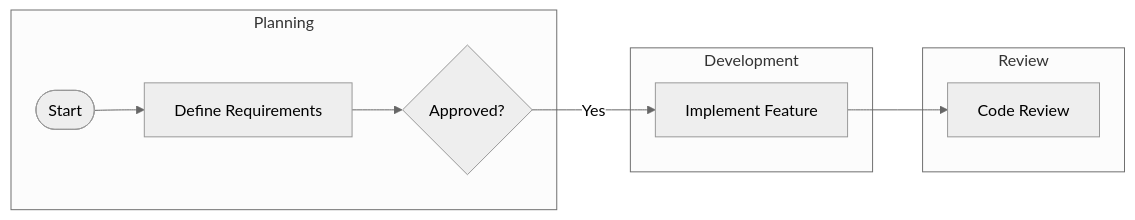
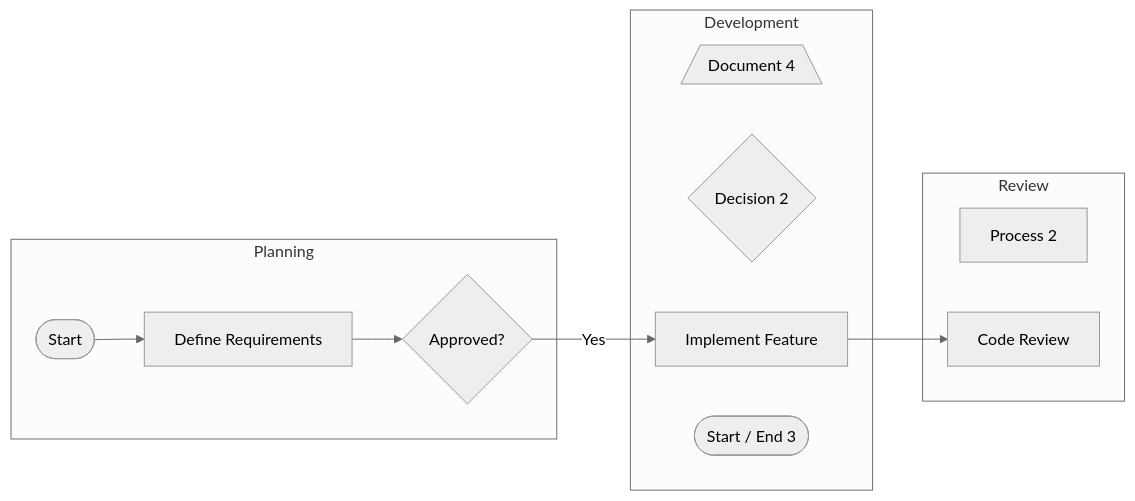
One commit to pingpm/mermaid_vault changed the diagram in notes/123_9b882ae4-c4df-432b-9e50-9fb05b2c95e5.md. Above: the diagram before and after it, drawn with Mermaid (neutral theme). The commit also changed 2 other files, not shown here.

Commit message:
Sync Mermaid Studio data (14 diagrams)

````diff
--- a/notes/123_9b882ae4-c4df-432b-9e50-9fb05b2c95e5.md
+++ b/notes/123_9b882ae4-c4df-432b-9e50-9fb05b2c95e5.md
@@ -3,19 +3,23 @@
 ```mermaid
 flowchart LR
   subgraph lane_0["Planning"]
     t_0{"Approved?"}
     t_1["Define Requirements"]
     t_2(["Start"])
   end
   subgraph lane_1["Development"]
-    t_3["Implement Feature"]
+    t_3[/"Document 4"\]
+    t_4{"Decision 2"}
+    t_5["Implement Feature"]
+    t_6(["Start / End 3"])
   end
   subgraph lane_2["Review"]
-    t_4["Code Review"]
+    t_7["Process 2"]
+    t_8["Code Review"]
   end
-  t_0 -->|"Yes"| t_3
-  t_3 --> t_4
+  t_0 -->|"Yes"| t_5
+  t_5 --> t_8
   t_2 --> t_1
   t_1 --> t_0
 
 ```
````
